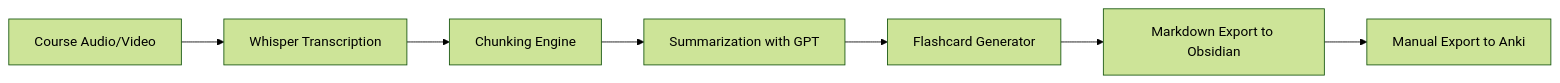
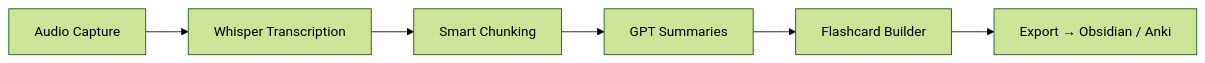
One commit to The-Digital-Alchemist/retention-pipeline changed the diagram in README.md. Above: the diagram before and after it, drawn with Mermaid (forest theme). The commit also changed other lines of this file and 3 other files, not shown here.

````diff
--- a/README.md
+++ b/README.md
@@ -19,9 +49,8 @@
 ```mermaid
 flowchart LR
-    A[Course Audio/Video] --> B[Whisper Transcription]
-    B --> C[Chunking Engine]
-    C --> D[Summarization with GPT]
-    D --> E[Flashcard Generator]
-    E --> F[Markdown Export to Obsidian]
-    F --> G[Manual Export to Anki]
+    A[Audio Capture] --> B[Whisper Transcription]
+    B --> C[Smart Chunking]
+    C --> D[GPT Summaries]
+    D --> E[Flashcard Builder]
+    E --> F[Export → Obsidian / Anki]
 ```
````
